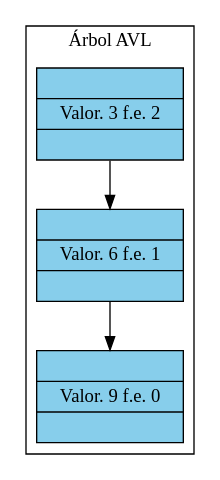
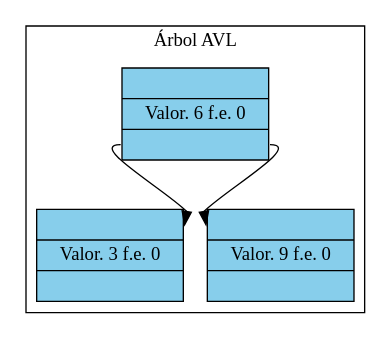
Before and after one commit to henrylopezkre/Proyecto1s22015_201314886: the diagram in Proyecto_1/Reportes/avl.dot, drawn with Graphviz. The commit also changed 3 other files, not shown here.

```diff
--- a/Proyecto_1/Reportes/avl.dot
+++ b/Proyecto_1/Reportes/avl.dot
@@ -1,19 +1,19 @@
 digraph G {
 	 rankdir = TB; 
 
 	 node[shape=record]; 
 
 	 subgraph clusterAVL { 
 
 	 label = "Árbol AVL"; 
 
-	 tn_avlt0[label = "{ <e> | Valor. 3 
- f.e. 2| <p> }", style="filled", color="black", fillcolor="skyblue"]; 
-	 tn_avlt1[label = "{ <e> | Valor. 6 
- f.e. 1| <p> }", style="filled", color="black", fillcolor="skyblue"]; 
-	 tn_avlt0:p -> tn_avlt1:e; 
-	 tn_avlt2[label = "{ <e> | Valor. 9 
+	 tn_avlt3[label = "{ <e> | Valor. 3 
  f.e. 0| <p> }", style="filled", color="black", fillcolor="skyblue"]; 
-	 tn_avlt1:p -> tn_avlt2:e; 
+	 tn_avlt6:p -> tn_avlt3:e; 
+	 tn_avlt6[label = "{ <e> | Valor. 6 
+ f.e. 0| <p> }", style="filled", color="black", fillcolor="skyblue"]; 
+	 tn_avlt9[label = "{ <e> | Valor. 9 
+ f.e. 0| <p> }", style="filled", color="black", fillcolor="skyblue"]; 
+	 tn_avlt6:p -> tn_avlt9:e; 
 	 } 
 	 } 
```
